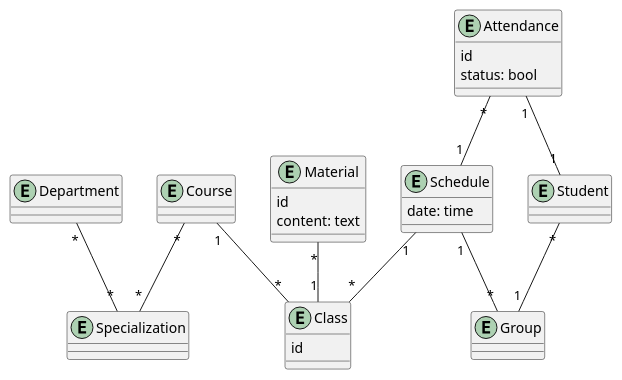
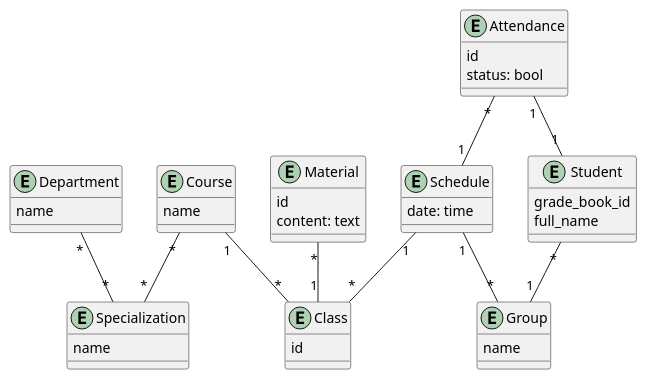
One commit to ruslanonly/university-student-managment-system changed the diagram in model.puml. Above: the diagram before and after it, drawn with PlantUML. The commit also changed 1 other file, not shown here.

```diff
--- a/model.puml
+++ b/model.puml
@@ -1,55 +1,58 @@
 @startuml
 
 entity Department {
-
+  name
 }
 
 entity Group {
-
+  name
 }
 
 entity Student {
-
+  grade_book_id
+  full_name
 }
 
 entity Course {
-
+  name
 }
 
 entity Schedule {
   date: time
 }
 
 entity Class {
   id 
 }
 
 entity Material {
   id
   content: text
 }
 
 entity Attendance {
   id 
   status: bool
 }
 
-entity Specialization {}
+entity Specialization {
+  name
+}
 
 Material "*" -- "1" Class
 
 Schedule "1" -- "*" Class
 Schedule "1" -- "*" Group
 
 Attendance "*" -- "1" Schedule
 Attendance "1" -- "1" Student
 
 Student "*" -- "1" Group
 
 Course "1" -- "*" Class
 
 Course "*" -- "*" Specialization
 
 Department "*" -- "*" Specialization
 
 @enduml
```
